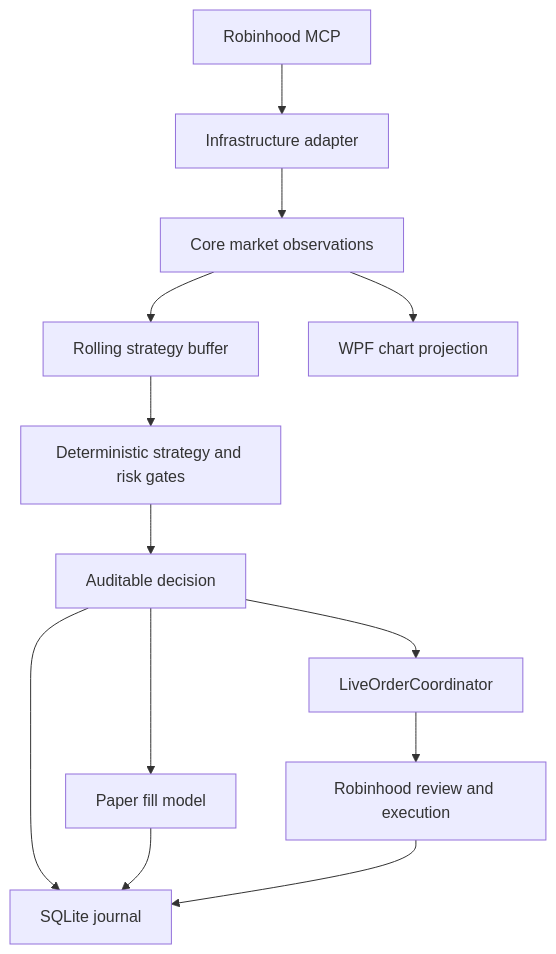
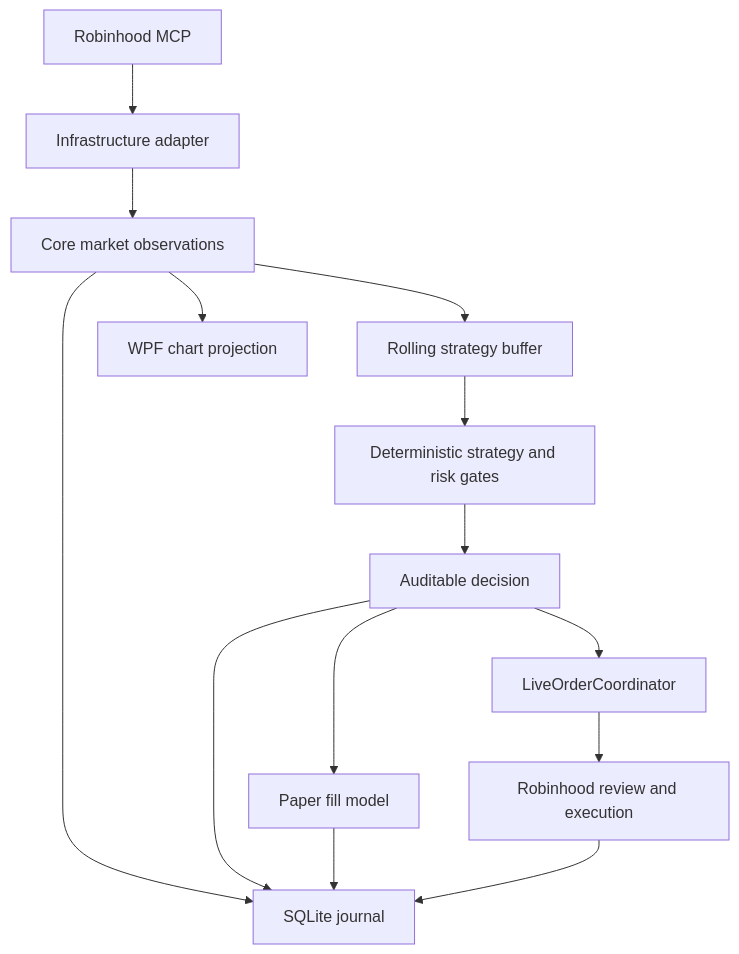
One commit to abiemann/PriceSentinel3000 changed the second of 2 diagrams in docs/architecture.md. Above: the diagram before and after it, drawn with Mermaid. The commit also changed other lines of this file, not shown here.

Commit message:
Update architecture documentation

````diff
--- a/docs/architecture.md
+++ b/docs/architecture.md
@@ -62,15 +67,16 @@
 ```mermaid
 flowchart TD
     Robinhood[Robinhood MCP] --> Adapter[Infrastructure adapter]
     Adapter --> Observation[Core market observations]
     Observation --> Buffer[Rolling strategy buffer]
     Buffer --> Strategy[Deterministic strategy and risk gates]
     Strategy --> Decision[Auditable decision]
     Decision --> Paper[Paper fill model]
     Decision --> Live[LiveOrderCoordinator]
     Live --> Review[Robinhood review and execution]
     Observation --> Chart[WPF chart projection]
+    Observation --> Journal[SQLite journal]
     Decision --> Journal[SQLite journal]
     Paper --> Journal
     Review --> Journal
 ```
````
